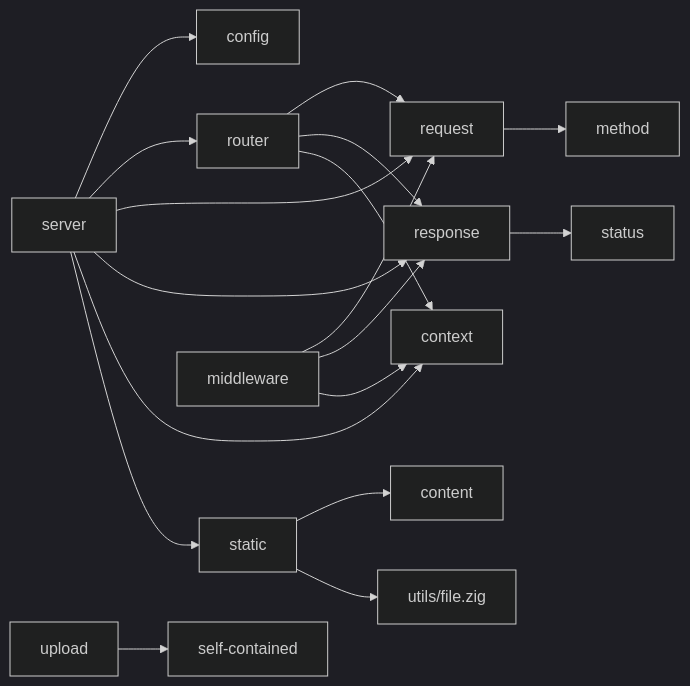
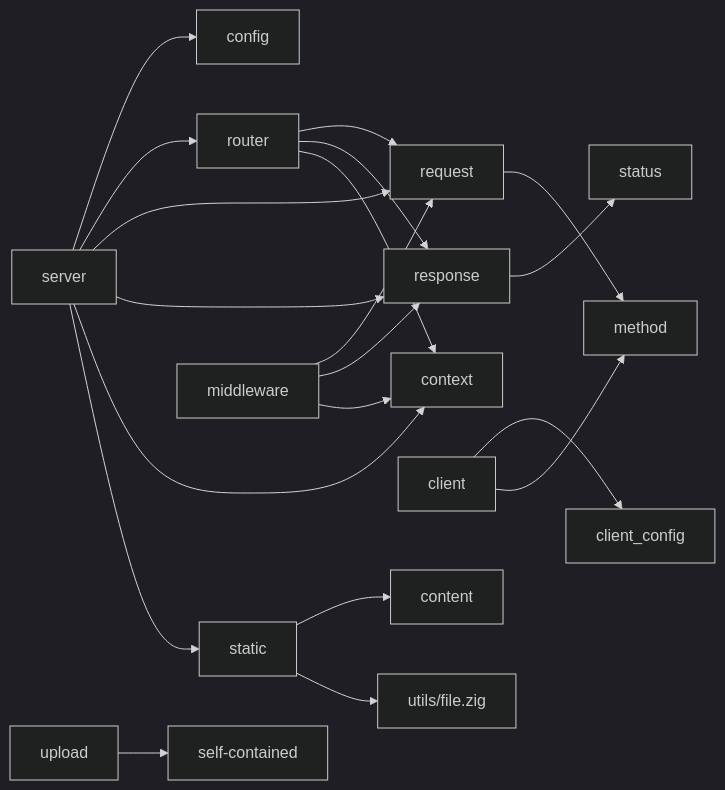
Before and after one commit to prothegee/zix: the fourth of 12 diagrams in docs/hld-http.md, drawn with Mermaid (dark theme). The commit also changed other lines of this file and 8 other files, not shown here.

````diff
--- a/docs/hld-http.md
+++ b/docs/hld-http.md
@@ -117,24 +128,27 @@
 ```mermaid
 graph LR
     server --> config
     server --> router
     server --> request
     server --> response
     server --> context
     server --> static
+
+    client --> client_config
+    client --> method
 
     router --> request
     router --> response
     router --> context
 
     request --> method
     response --> status
 
     static --> content
     static --> utils_file["utils/file.zig"]
     upload --> self["self-contained"]
 
     middleware --> request
     middleware --> response
     middleware --> context
 ```
````
